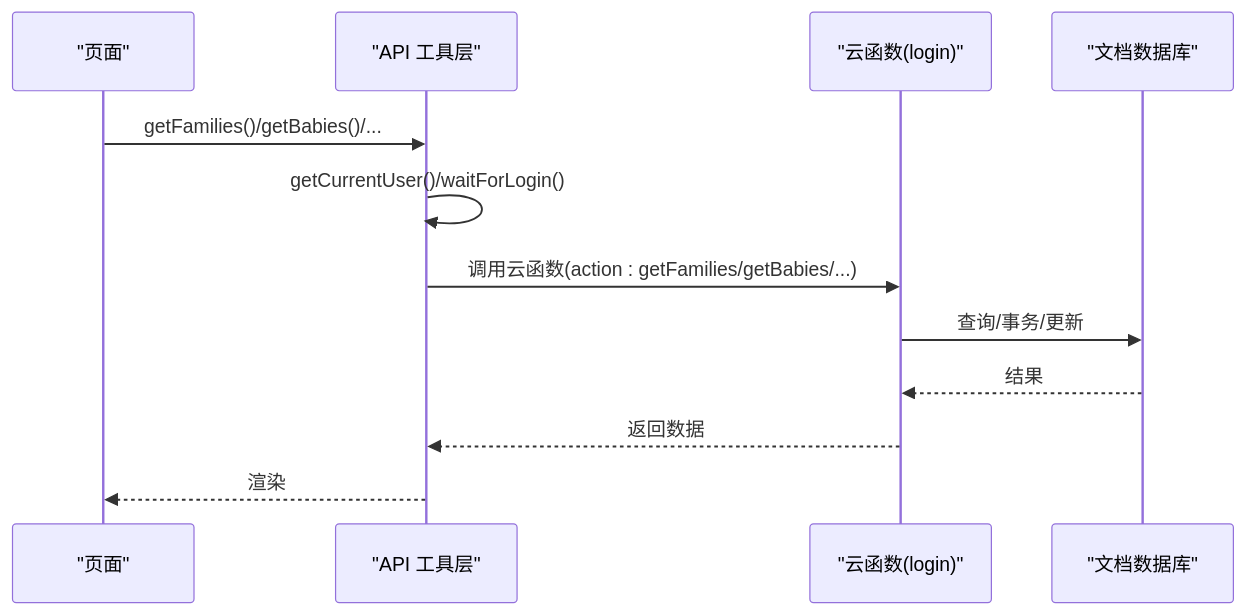
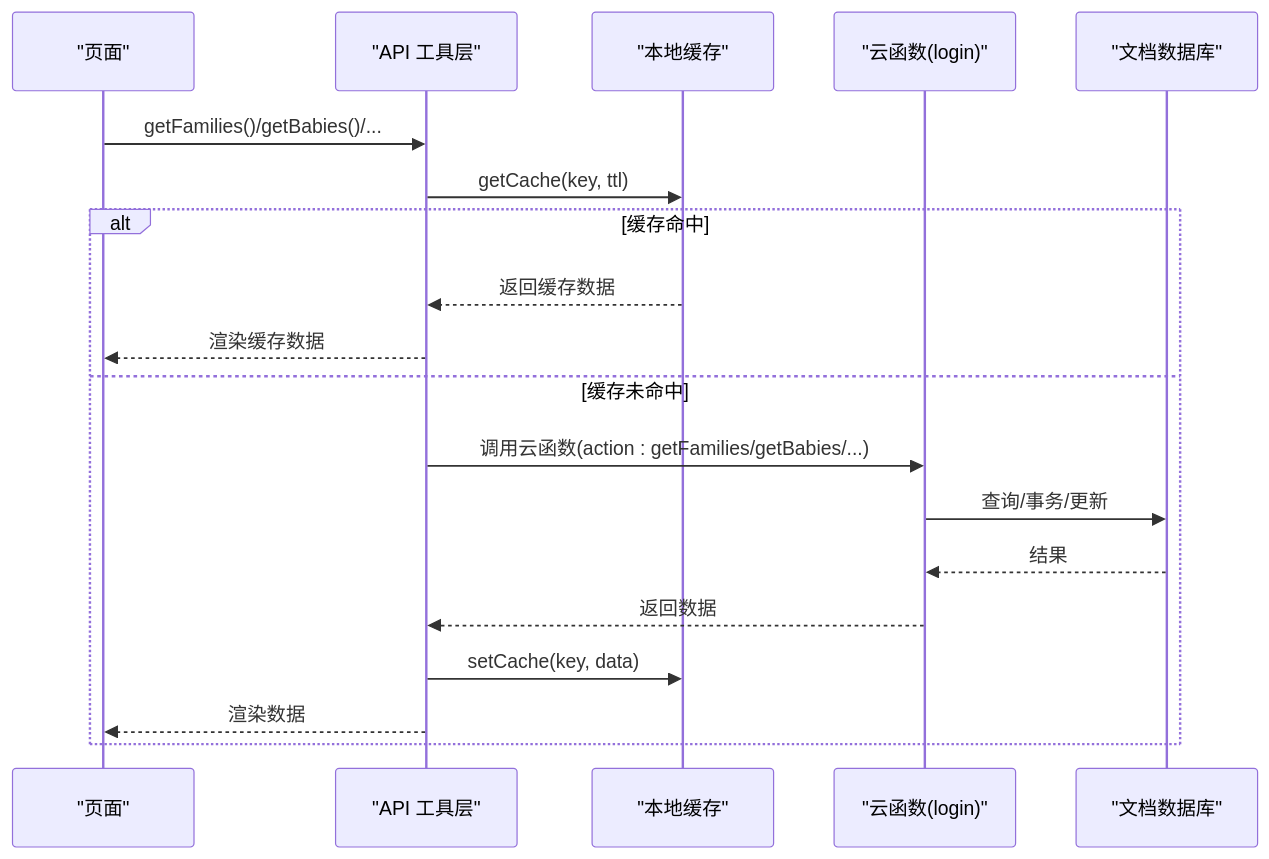
Before and after one commit to zhangxin19911211-creator/Project_BabyAssistant: the fourth of 8 diagrams in .qoder/repowiki/zh/content/性能优化/缓存策略设计.md, drawn with Mermaid. The commit also changed other lines of this file and 24 other files, not shown here.

````diff
--- a/.qoder/repowiki/zh/content/性能优化/缓存策略设计.md
+++ b/.qoder/repowiki/zh/content/性能优化/缓存策略设计.md
@@ -143,14 +151,21 @@
 ```mermaid
 sequenceDiagram
 participant Page as "页面"
 participant API as "API 工具层"
+participant Cache as "本地缓存"
 participant CF as "云函数(login)"
 participant DB as "文档数据库"
 Page->>API : getFamilies()/getBabies()/...
-API->>API : getCurrentUser()/waitForLogin()
+API->>Cache : getCache(key, ttl)
+alt 缓存命中
+Cache-->>API : 返回缓存数据
+API-->>Page : 渲染缓存数据
+else 缓存未命中
 API->>CF : 调用云函数(action : getFamilies/getBabies/...)
 CF->>DB : 查询/事务/更新
 DB-->>CF : 结果
 CF-->>API : 返回数据
-API-->>Page : 渲染
+API->>Cache : setCache(key, data)
+API-->>Page : 渲染数据
+end
 ```
````
